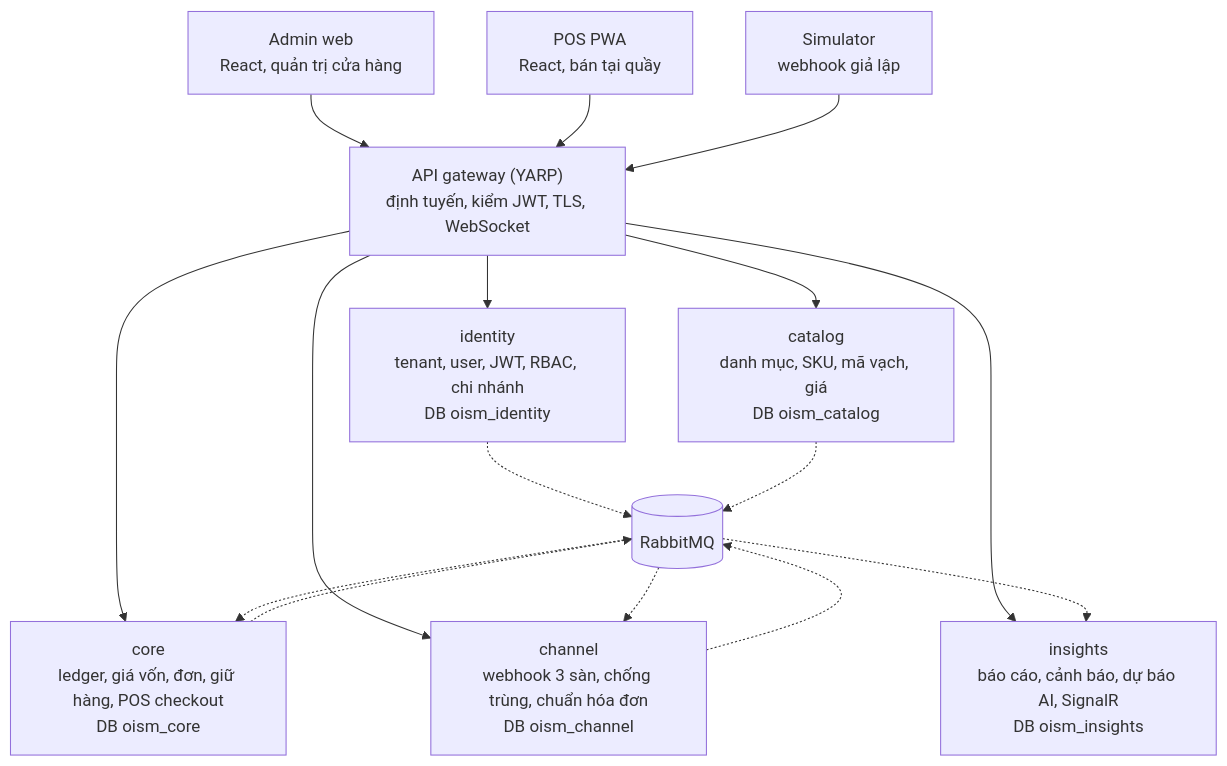
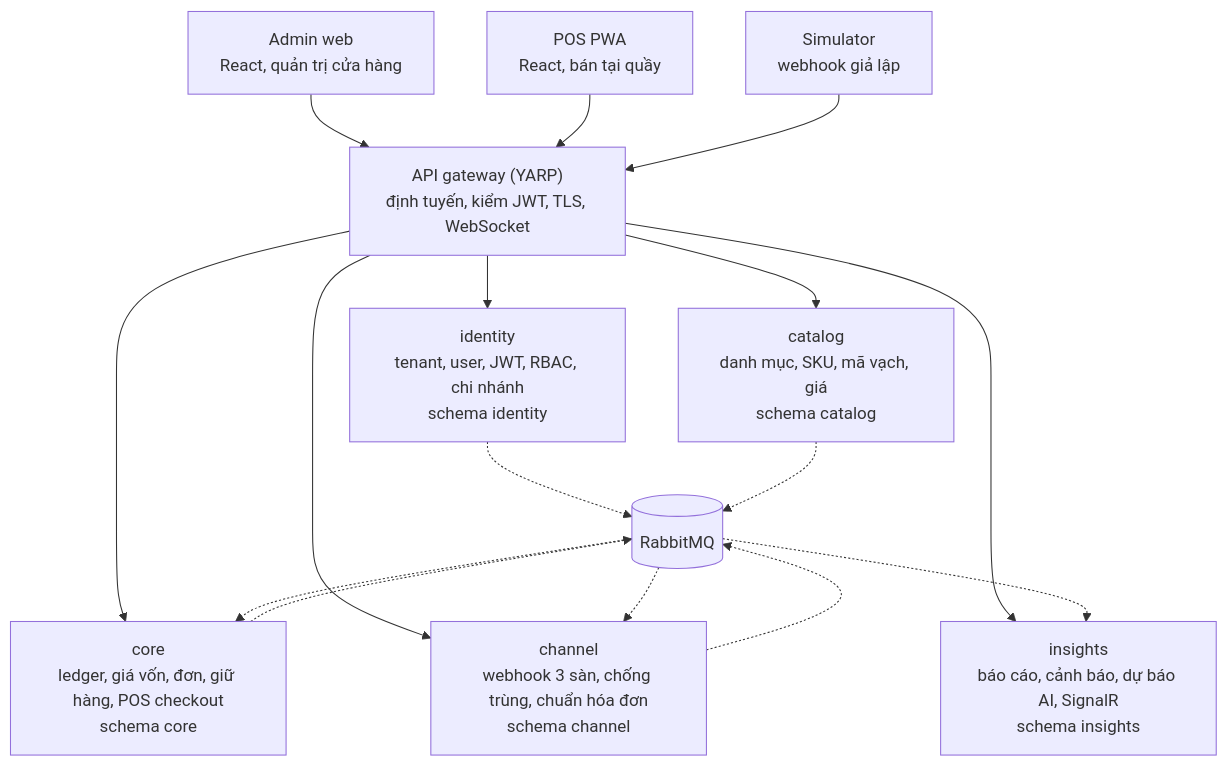
One commit to kapfm789/XDPMOOP changed the diagram in docs/PLAN.md. Above: the diagram before and after it, drawn with Mermaid. The commit also changed other lines of this file and 38 other files, not shown here.

First line of the commit message:
Chuyển sang 1 DB, tách schema theo service

````diff
--- a/docs/PLAN.md
+++ b/docs/PLAN.md
@@ -81,29 +81,29 @@
 ```mermaid
 flowchart TB
   admin["Admin web<br/>React, quản trị cửa hàng"]
   pos["POS PWA<br/>React, bán tại quầy"]
   sim["Simulator<br/>webhook giả lập"]
   gw["API gateway (YARP)<br/>định tuyến, kiểm JWT, TLS, WebSocket"]
-  identity["identity<br/>tenant, user, JWT, RBAC, chi nhánh<br/>DB oism_identity"]
-  catalog["catalog<br/>danh mục, SKU, mã vạch, giá<br/>DB oism_catalog"]
-  core["core<br/>ledger, giá vốn, đơn, giữ hàng, POS checkout<br/>DB oism_core"]
-  insights["insights<br/>báo cáo, cảnh báo, dự báo AI, SignalR<br/>DB oism_insights"]
-  channel["channel<br/>webhook 3 sàn, chống trùng, chuẩn hóa đơn<br/>DB oism_channel"]
+  identity["identity<br/>tenant, user, JWT, RBAC, chi nhánh<br/>schema identity"]
+  catalog["catalog<br/>danh mục, SKU, mã vạch, giá<br/>schema catalog"]
+  core["core<br/>ledger, giá vốn, đơn, giữ hàng, POS checkout<br/>schema core"]
+  insights["insights<br/>báo cáo, cảnh báo, dự báo AI, SignalR<br/>schema insights"]
+  channel["channel<br/>webhook 3 sàn, chống trùng, chuẩn hóa đơn<br/>schema channel"]
   mq[("RabbitMQ")]
 
   admin --> gw
   pos --> gw
   sim --> gw
   gw --> identity
   gw --> catalog
   gw --> core
   gw --> channel
   gw --> insights
   identity -.-> mq
   catalog -.-> mq
   channel -.-> mq
   core -.-> mq
   mq -.-> core
   mq -.-> channel
   mq -.-> insights
 ```
````
